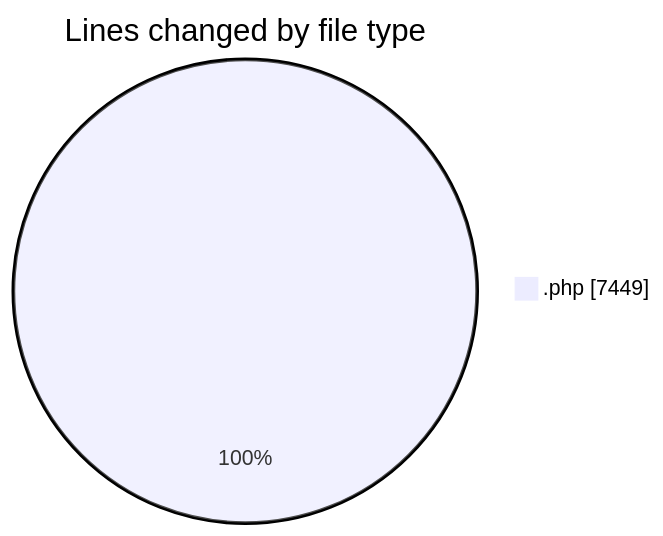
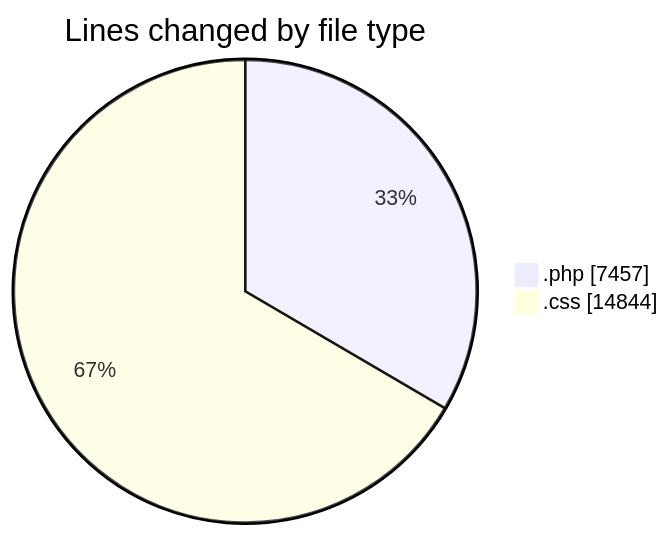
One commit to vahidmafi/code-tracking changed the first of 2 diagrams in 2025-04-17/zeytoon/README.md. Above: the diagram before and after it, drawn with Mermaid. The commit also changed other lines of this file and 1 other file, not shown here.

````diff
--- a/2025-04-17/zeytoon/README.md
+++ b/2025-04-17/zeytoon/README.md
@@ -26,5 +27,6 @@
 ```mermaid
 pie showData
 title Lines changed by file type
-".php" : 7449
+".php" : 7457
+".css" : 14844
 ```
````
